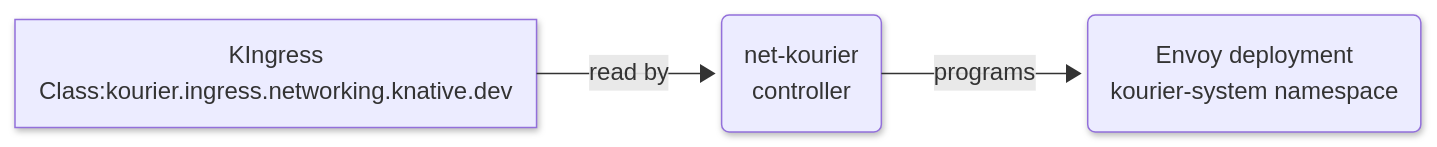
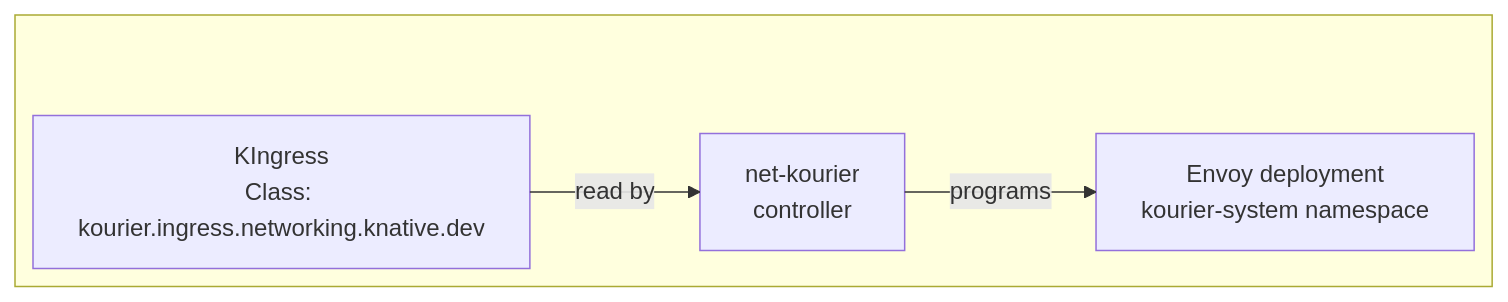
One commit to knative/docs changed the second of 6 diagrams in docs/versioned/serving/config-network-adapters.md. Above: the diagram before and after it, drawn with Mermaid. The commit also changed other lines of this file, not shown here.

````diff
--- a/docs/versioned/serving/config-network-adapters.md
+++ b/docs/versioned/serving/config-network-adapters.md
@@ -36,10 +42,16 @@
     ```mermaid
     ---
     config:
+      layout: elk
       theme: default
-      layout: elk
-      look: neo
     ---
     flowchart LR
-    KIngress["KIngress<br>Class:kourier.ingress.networking.knative.dev"] -- "read by" --> controller("net-kourier<br>controller") -- programs --> envoy("Envoy deployment<br>kourier-system namespace")
+     subgraph bottom[" "]
+        direction LR
+            envoy["Envoy deployment<br>kourier-system namespace"]
+            kourier["net-kourier<br>controller"]
+            kingress2["KIngress<br>Class: kourier.ingress.networking.knative.dev"]
+      end
+        kingress2 -- read by --> kourier
+        kourier -- programs --> envoy
     ```
````
